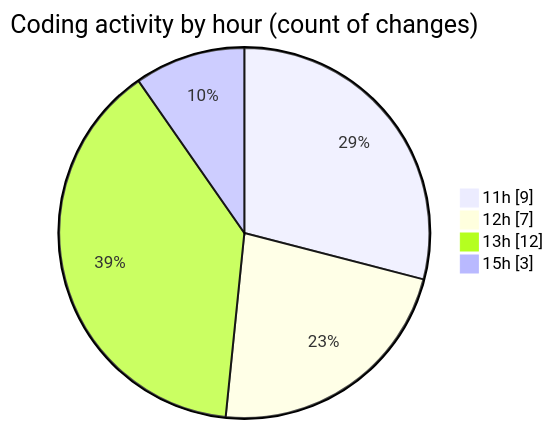
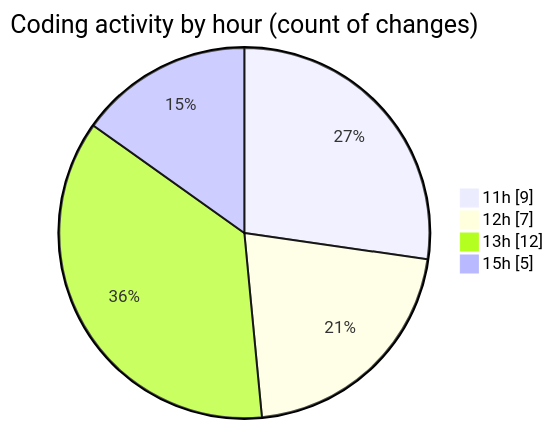
Before and after one commit to EIIisD/code-tracking: the second of 2 diagrams in 2025-08-07/ribbon/README.md, drawn with Mermaid. The commit also changed other lines of this file and 1 other file, not shown here.

````diff
--- a/2025-08-07/ribbon/README.md
+++ b/2025-08-07/ribbon/README.md
@@ -43,8 +43,8 @@
 ```mermaid
 pie showData
 title Coding activity by hour (count of changes)
 "11h" : 9
 "12h" : 7
 "13h" : 12
-"15h" : 3
+"15h" : 5
 ```
````
